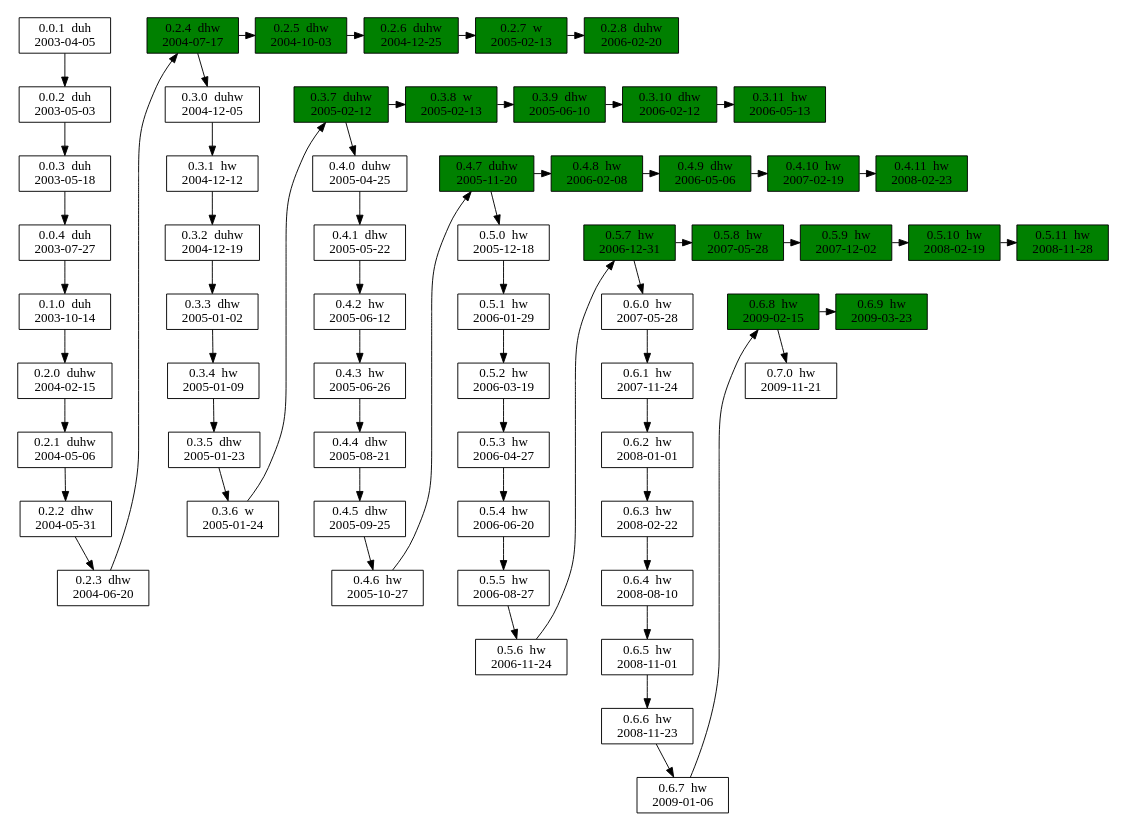
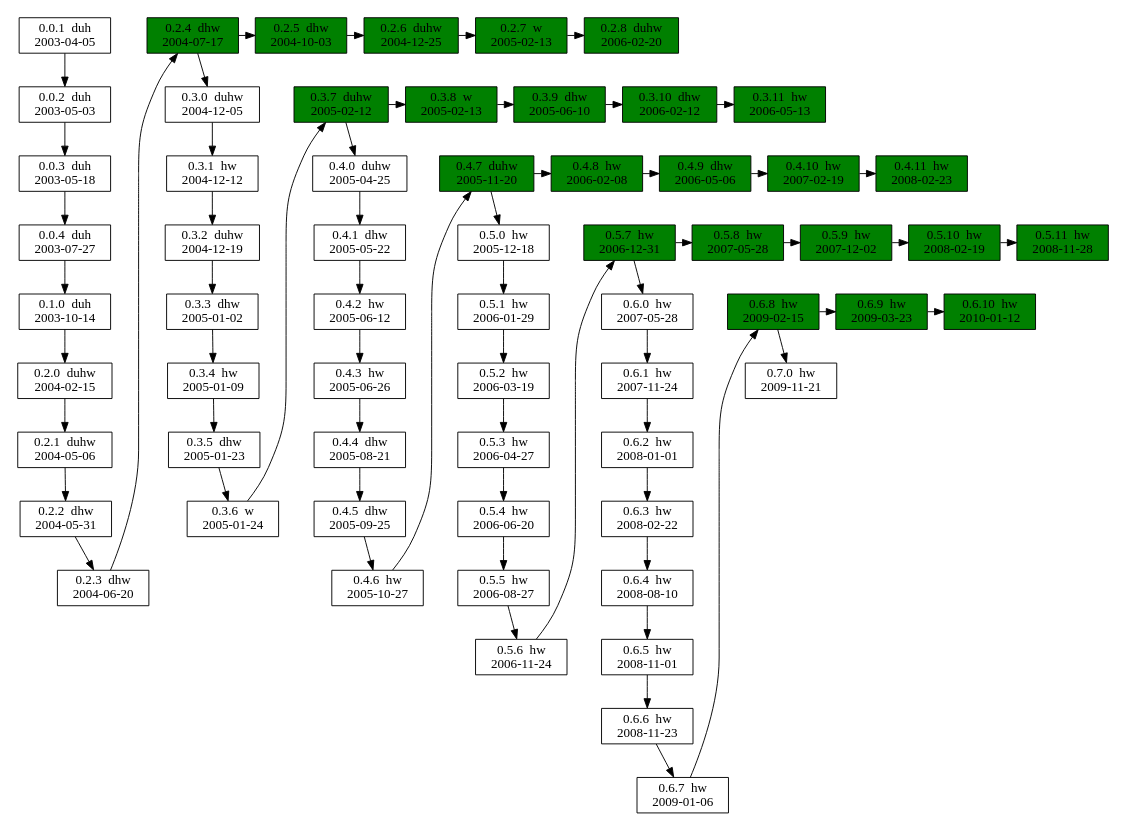
The diagram in www/versions.dot (vanhoefm/krackattacks-scripts), drawn with Graphviz before and after one commit. The commit also changed 3 other files, not shown here.

```diff
--- a/www/versions.dot
+++ b/www/versions.dot
@@ -1,110 +1,111 @@
 digraph versions {
 	size="10,6"
 #	rankdir=LR
 
 # development releases
 
 	node [shape=box]
 	v001 [label="0.0.1  duh\n2003-04-05"]
 	v002 [label="0.0.2  duh\n2003-05-03"]
 	v003 [label="0.0.3  duh\n2003-05-18"]
 	v004 [label="0.0.4  duh\n2003-07-27"]
 	v010 [label="0.1.0  duh\n2003-10-14"]
 	v020 [label="0.2.0  duhw\n2004-02-15"]
 	v021 [label="0.2.1  duhw\n2004-05-06"]
 	v022 [label="0.2.2  dhw\n2004-05-31"]
 	v023 [label="0.2.3  dhw\n2004-06-20"]
 	v030 [label="0.3.0  duhw\n2004-12-05"]
 	v031 [label="0.3.1  hw\n2004-12-12"]
 	v032 [label="0.3.2  duhw\n2004-12-19"]
 	v033 [label="0.3.3  dhw\n2005-01-02"]
 	v034 [label="0.3.4  hw\n2005-01-09"]
 	v035 [label="0.3.5  dhw\n2005-01-23"]
 	v036 [label="0.3.6  w\n2005-01-24"]
 
 	v040 [label="0.4.0  duhw\n2005-04-25"]
 	v041 [label="0.4.1  dhw\n2005-05-22"]
 	v042 [label="0.4.2  hw\n2005-06-12"]
 	v043 [label="0.4.3  hw\n2005-06-26"]
 	v044 [label="0.4.4  dhw\n2005-08-21"]
 	v045 [label="0.4.5  dhw\n2005-09-25"]
 	v046 [label="0.4.6  hw\n2005-10-27"]
 	v050 [label="0.5.0  hw\n2005-12-18"]
 	v051 [label="0.5.1  hw\n2006-01-29"]
 	v052 [label="0.5.2  hw\n2006-03-19"]
 	v053 [label="0.5.3  hw\n2006-04-27"]
 	v054 [label="0.5.4  hw\n2006-06-20"]
 	v055 [label="0.5.5  hw\n2006-08-27"]
 	v056 [label="0.5.6  hw\n2006-11-24"]
 	v060 [label="0.6.0  hw\n2007-05-28"]
 	v061 [label="0.6.1  hw\n2007-11-24"]
 	v062 [label="0.6.2  hw\n2008-01-01"]
 	v063 [label="0.6.3  hw\n2008-02-22"]
 	v064 [label="0.6.4  hw\n2008-08-10"]
 	v065 [label="0.6.5  hw\n2008-11-01"]
 	v066 [label="0.6.6  hw\n2008-11-23"]
 	v067 [label="0.6.7  hw\n2009-01-06"]
 
 	v070 [label="0.7.0  hw\n2009-11-21"]
 
 # stable releases
 
 	node [fillcolor=green style=filled]
 	v024 [label="0.2.4  dhw\n2004-07-17"]
 	v025 [label="0.2.5  dhw\n2004-10-03"]
 	v026 [label="0.2.6  duhw\n2004-12-25"]
 	v027 [label="0.2.7  w\n2005-02-13"]
 	v028 [label="0.2.8  duhw\n2006-02-20"]
 	v037 [label="0.3.7  duhw\n2005-02-12"]
 	v038 [label="0.3.8  w\n2005-02-13"]
 	v039 [label="0.3.9  dhw\n2005-06-10"]
 	v0310 [label="0.3.10  dhw\n2006-02-12"]
 	v0311 [label="0.3.11  hw\n2006-05-13"]
 	v047 [label="0.4.7  duhw\n2005-11-20"]
 	v048 [label="0.4.8  hw\n2006-02-08"]
 	v049 [label="0.4.9  dhw\n2006-05-06"]
 	v0410 [label="0.4.10  hw\n2007-02-19"]
 	v0411 [label="0.4.11  hw\n2008-02-23"]
 	v057 [label="0.5.7  hw\n2006-12-31"]
 	v058 [label="0.5.8  hw\n2007-05-28"]
 	v059 [label="0.5.9  hw\n2007-12-02"]
 	v0510 [label="0.5.10  hw\n2008-02-19"]
 	v0511 [label="0.5.11  hw\n2008-11-28"]
 	v068 [label="0.6.8  hw\n2009-02-15"]
 	v069 [label="0.6.9  hw\n2009-03-23"]
+	v0610 [label="0.6.10  hw\n2010-01-12"]
 
 # development releases
 
 	v001 -> v002 -> v003 -> v004
 	v004 -> v010 -> v020 -> v021 -> v022 -> v023 -> v024
 	v024 -> v030 -> v031 -> v032 -> v033 -> v034 -> v035 -> v036 -> v037
 	v037 -> v040 -> v041 -> v042 -> v043 -> v044 -> v045 -> v046 -> v047
 	v047 -> v050 -> v051 -> v052 -> v053 -> v054 -> v055 -> v056 -> v057
 	v057 -> v060 -> v061 -> v062 -> v063 -> v064 -> v065 -> v066 -> v067 -> v068
 	v068 -> v070
 
 	{rank=same; v001 v024}
 	{rank=same; v030 v037}
 	{rank=same; v040 v047}
 	{rank=same; v050 v057}
 	{rank=same; v060 v068}
 	{rank=same; v070 v070}
 
 # stable releases
 
 	v024 -> v025 -> v026 -> v027 -> v028
 	v037 -> v038 -> v039 -> v0310 -> v0311
 	v047 -> v048 -> v049 -> v0410 -> v0411
 	v057 -> v058 -> v059 -> v0510 -> v0511
-	v068 -> v069
+	v068 -> v069 -> v0610
 
 	{rank=same; v024 v025 v026 v027 v028}
 	{rank=same; v037 v038 v039 v0310 v0311}
 	{rank=same; v047 v048 v049 v0410 v0411}
 	{rank=same; v057 v058 v059 v0510 v0511}
-	{rank=same; v068 v069}
+	{rank=same; v068 v069 v0610}
 
 #	edge [style=dashed,color=red]
 #	v030 -> v036
 
 }
```
